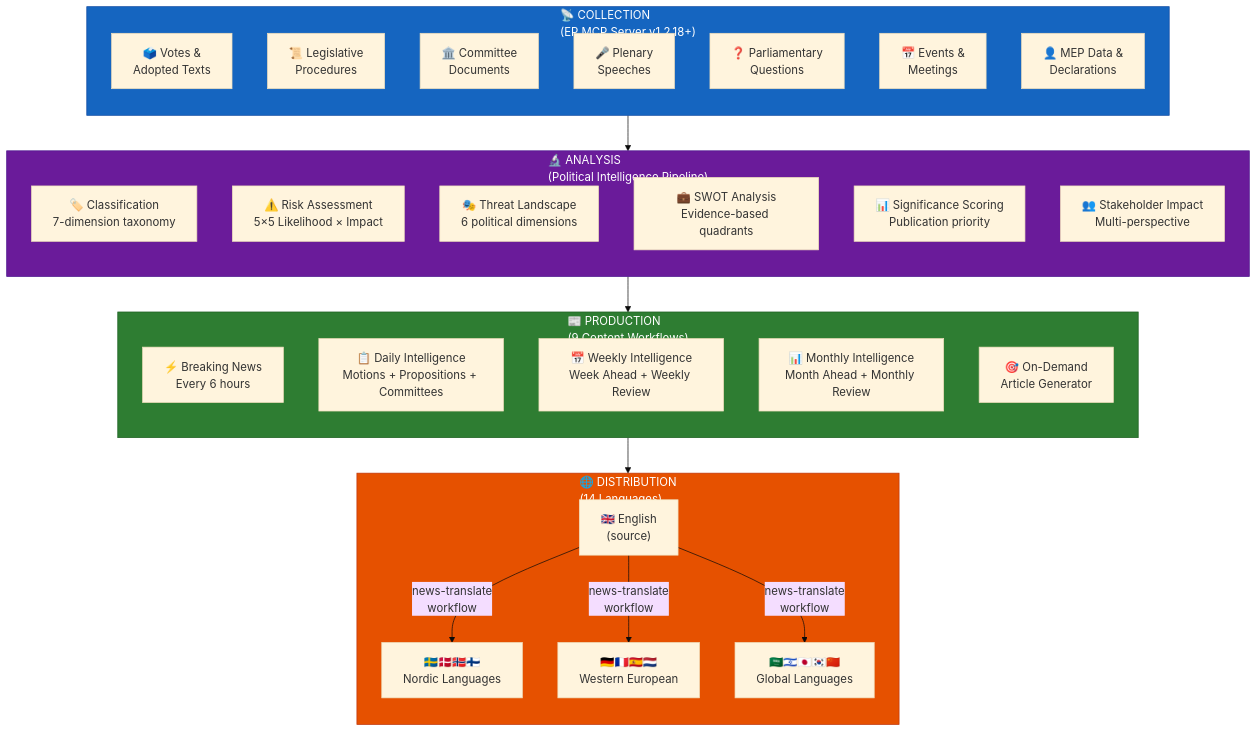
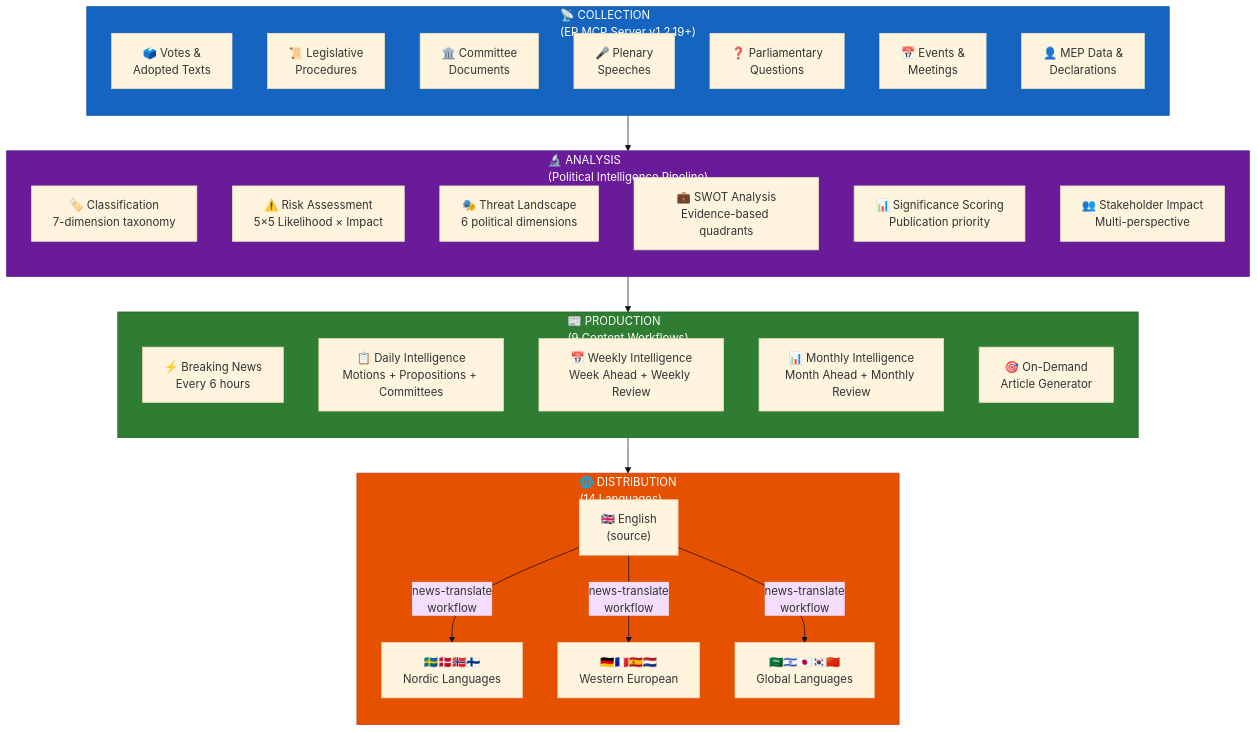
Before and after one commit to Hack23/euparliamentmonitor: diagram 19 of 22 in WORKFLOWS.md, drawn with Mermaid (base theme). The commit also changed other lines of this file and 53 other files, not shown here.

First line of the commit message:
chore: bump european-parliament-mcp-server from 1.2.18 to 1.2.19 in all workflows, clients, code, tests, scripts, config and docs

````diff
--- a/WORKFLOWS.md
+++ b/WORKFLOWS.md
@@ -1889,48 +1889,48 @@
 ```mermaid
 flowchart TD
-    subgraph Collection["📡 COLLECTION<br/>(EP MCP Server v1.2.18+)"]
+    subgraph Collection["📡 COLLECTION<br/>(EP MCP Server v1.2.19+)"]
         direction TB
         C1["🗳️ Votes &<br/>Adopted Texts"]
         C2["📜 Legislative<br/>Procedures"]
         C3["🏛️ Committee<br/>Documents"]
         C4["🎤 Plenary<br/>Speeches"]
         C5["❓ Parliamentary<br/>Questions"]
         C6["📅 Events &<br/>Meetings"]
         C7["👤 MEP Data &<br/>Declarations"]
     end
 
     subgraph Analysis["🔬 ANALYSIS<br/>(Political Intelligence Pipeline)"]
         direction TB
         A1["🏷️ Classification<br/>7-dimension taxonomy"]
         A2["⚠️ Risk Assessment<br/>5×5 Likelihood × Impact"]
         A3["🎭 Threat Landscape<br/>6 political dimensions"]
         A4["💼 SWOT Analysis<br/>Evidence-based quadrants"]
         A5["📊 Significance Scoring<br/>Publication priority"]
         A6["👥 Stakeholder Impact<br/>Multi-perspective"]
     end
 
     subgraph Production["📰 PRODUCTION<br/>(9 Content Workflows)"]
         direction TB
         P1["⚡ Breaking News<br/>Every 6 hours"]
         P2["📋 Daily Intelligence<br/>Motions + Propositions + Committees"]
         P3["📅 Weekly Intelligence<br/>Week Ahead + Weekly Review"]
         P4["📊 Monthly Intelligence<br/>Month Ahead + Monthly Review"]
         P5["🎯 On-Demand<br/>Article Generator"]
     end
 
     subgraph Distribution["🌐 DISTRIBUTION<br/>(14 Languages)"]
         direction TB
         D1["🇬🇧 English<br/>(source)"]
         D2["🇸🇪🇩🇰🇳🇴🇫🇮<br/>Nordic Languages"]
         D3["🇩🇪🇫🇷🇪🇸🇳🇱<br/>Western European"]
         D4["🇸🇦🇮🇱🇯🇵🇰🇷🇨🇳<br/>Global Languages"]
     end
 
     Collection --> Analysis --> Production --> D1
     D1 --> |"news-translate<br/>workflow"| D2 & D3 & D4
 
     style Collection fill:#1565C0,stroke:#0D47A1,color:#FFFFFF
     style Analysis fill:#6A1B9A,stroke:#4A148C,color:#FFFFFF
     style Production fill:#2E7D32,stroke:#1B5E20,color:#FFFFFF
     style Distribution fill:#E65100,stroke:#BF360C,color:#FFFFFF
 ```
````
